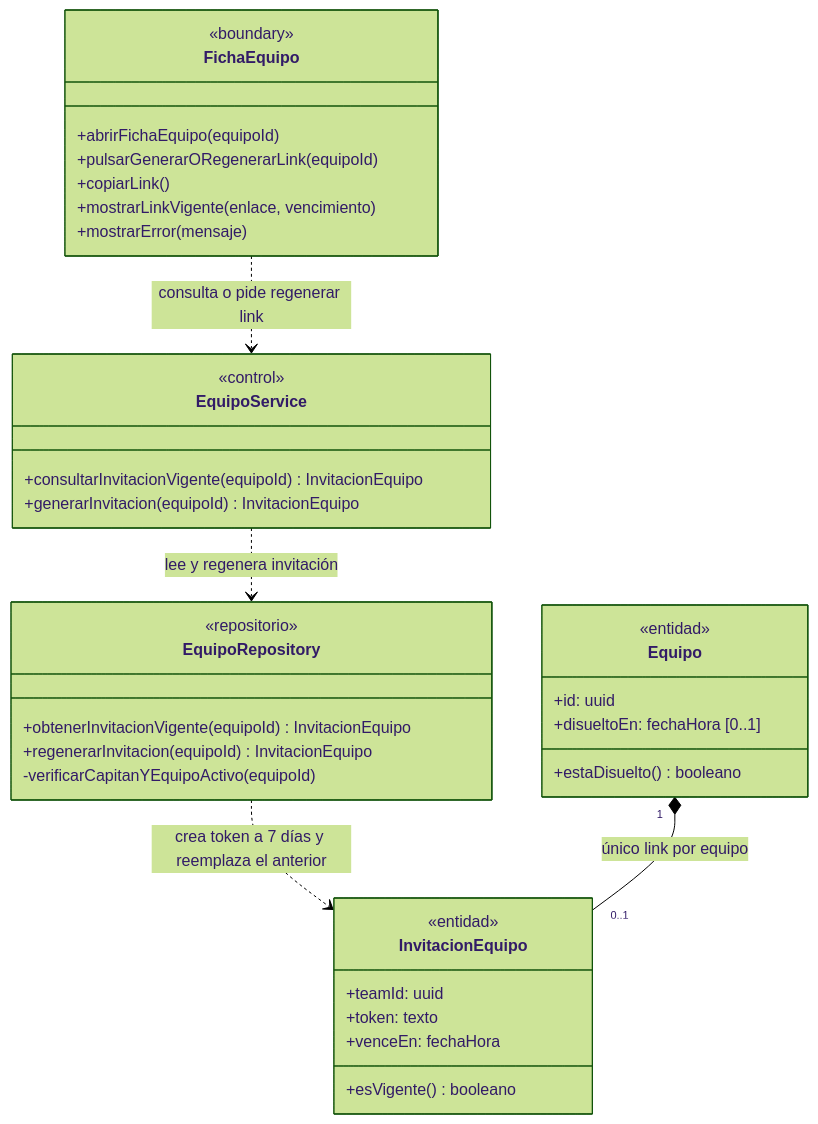
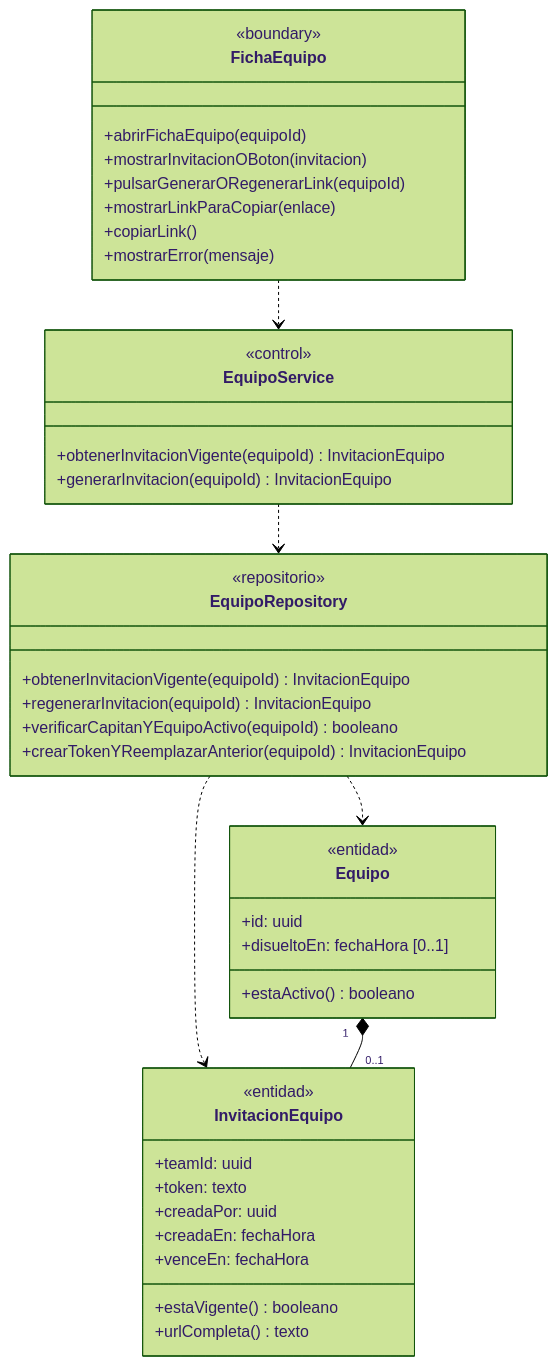
Before and after one commit to nicqletal/torneos-scraper: the third of 11 diagrams in docs/diagramas-de-clase/equipos.md, drawn with Mermaid (forest theme). The commit also changed other lines of this file and 13 other files, not shown here.

````diff
--- a/docs/diagramas-de-clase/equipos.md
+++ b/docs/diagramas-de-clase/equipos.md
@@ -219,40 +261,45 @@
 ```mermaid
 classDiagram
-direction TB
 class FichaEquipo {
   <<boundary>>
   +abrirFichaEquipo(equipoId)
+  +mostrarInvitacionOBoton(invitacion)
   +pulsarGenerarORegenerarLink(equipoId)
+  +mostrarLinkParaCopiar(enlace)
   +copiarLink()
-  +mostrarLinkVigente(enlace, vencimiento)
   +mostrarError(mensaje)
 }
 class EquipoService {
   <<control>>
-  +consultarInvitacionVigente(equipoId) InvitacionEquipo
+  +obtenerInvitacionVigente(equipoId) InvitacionEquipo
   +generarInvitacion(equipoId) InvitacionEquipo
 }
 class EquipoRepository {
   <<repositorio>>
   +obtenerInvitacionVigente(equipoId) InvitacionEquipo
   +regenerarInvitacion(equipoId) InvitacionEquipo
-  -verificarCapitanYEquipoActivo(equipoId)
+  +verificarCapitanYEquipoActivo(equipoId) booleano
+  +crearTokenYReemplazarAnterior(equipoId) InvitacionEquipo
 }
 class InvitacionEquipo {
   <<entidad>>
   +teamId: uuid
   +token: texto
+  +creadaPor: uuid
+  +creadaEn: fechaHora
   +venceEn: fechaHora
-  +esVigente() booleano
+  +estaVigente() booleano
+  +urlCompleta() texto
 }
 class Equipo {
   <<entidad>>
   +id: uuid
   +disueltoEn: fechaHora [0..1]
-  +estaDisuelto() booleano
+  +estaActivo() booleano
 }
-FichaEquipo ..> EquipoService : consulta o pide regenerar link
-EquipoService ..> EquipoRepository : lee y regenera invitación
-EquipoRepository ..> InvitacionEquipo : crea token a 7 días y reemplaza el anterior
-Equipo "1" *-- "0..1" InvitacionEquipo : único link por equipo
+FichaEquipo ..> EquipoService
+EquipoService ..> EquipoRepository
+EquipoRepository ..> InvitacionEquipo
+EquipoRepository ..> Equipo
+Equipo "1" *-- "0..1" InvitacionEquipo
 ```
````
